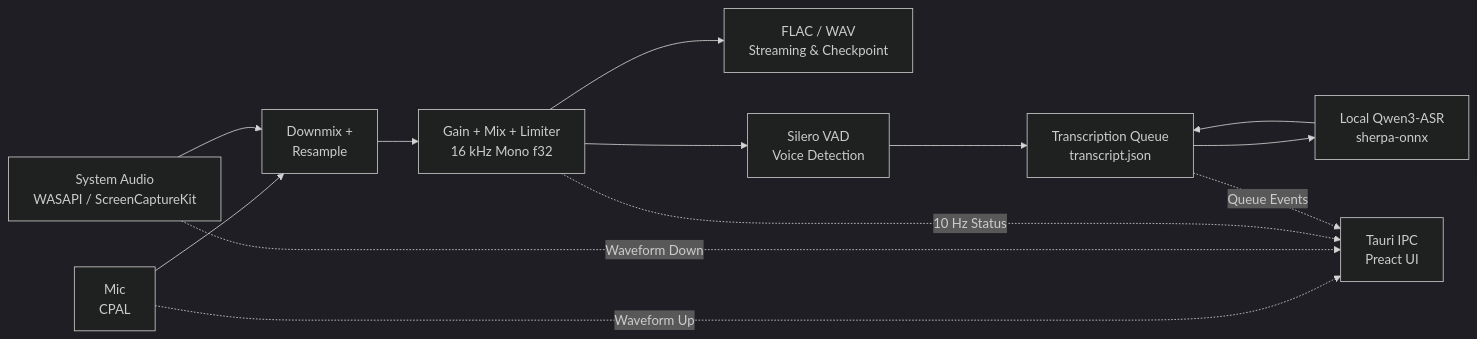
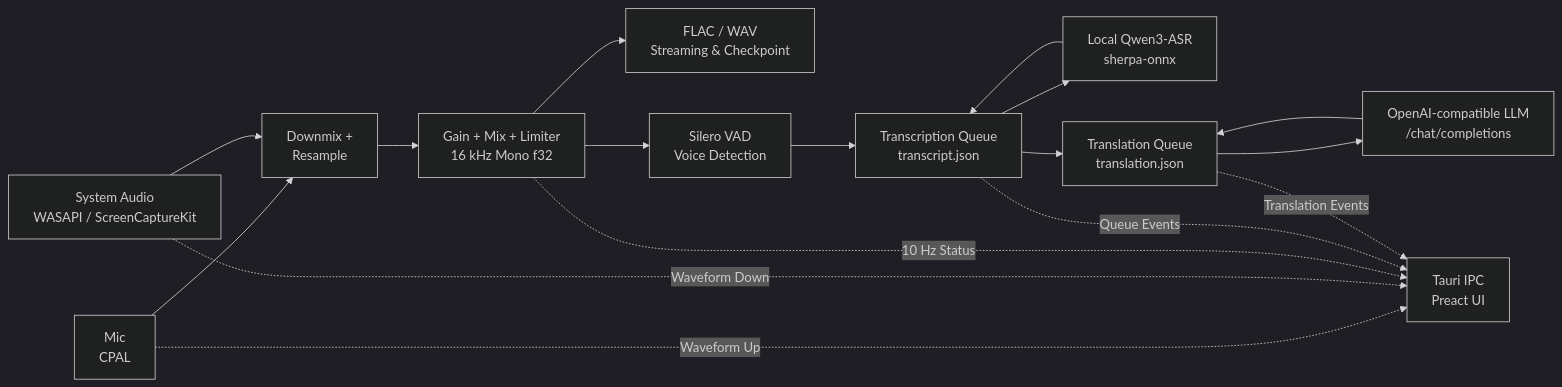
One commit to aspi-rin/resonote changed the diagram in docs/ARCHITECTURE.md. Above: the diagram before and after it, drawn with Mermaid (dark theme). The commit also changed other lines of this file and 16 other files, not shown here.

Commit message:
Add local LLM translation

````diff
--- a/docs/ARCHITECTURE.md
+++ b/docs/ARCHITECTURE.md
@@ -14,15 +15,19 @@
 ```mermaid
 flowchart LR
   MIC["Mic\nCPAL"] --> NORM["Downmix +\nResample"]
   SYS["System Audio\nWASAPI / ScreenCaptureKit"] --> NORM
   MIC -. "Waveform Up" .-> UI["Tauri IPC\nPreact UI"]
   SYS -. "Waveform Down" .-> UI
   NORM --> MIX["Gain + Mix + Limiter\n16 kHz Mono f32"]
   MIX --> ARCHIVE["FLAC / WAV\nStreaming & Checkpoint"]
   MIX --> VAD["Silero VAD\nVoice Detection"]
   VAD --> QUEUE["Transcription Queue\ntranscript.json"]
   QUEUE --> ASR["Local Qwen3-ASR\nsherpa-onnx"]
   ASR --> QUEUE
+  QUEUE --> TRANSLATE["Translation Queue\ntranslation.json"]
+  TRANSLATE --> LLM["OpenAI-compatible LLM\n/chat/completions"]
+  LLM --> TRANSLATE
   MIX -. "10 Hz Status" .-> UI
   QUEUE -. "Queue Events" .-> UI
+  TRANSLATE -. "Translation Events" .-> UI
 ```
````
